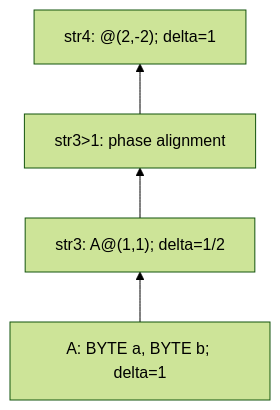
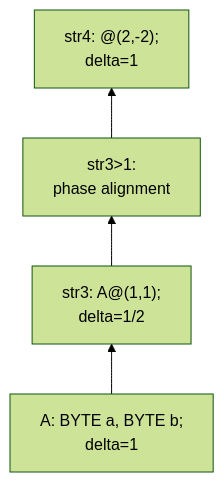
One commit to michalwidera/documentation-rdb changed the diagram in query-execution/agse-sliding-window/serialization-example.md. Above: the diagram before and after it, drawn with Mermaid (forest theme). The commit also changed 8 other files, not shown here.

````diff
--- a/query-execution/agse-sliding-window/serialization-example.md
+++ b/query-execution/agse-sliding-window/serialization-example.md
@@ -111,7 +111,8 @@
 ```mermaid
-%% pdf-width: 30%
+%% pdf-width: 24%
+%% pdf-height: 42%
 flowchart BT
-    A["A: BYTE a, BYTE b; delta=1"] --> S["str3: A@(1,1); delta=1/2"]
-    S --> T["str3>1: phase alignment"]
-    T --> R["str4: @(2,-2); delta=1"]
+    A["A: BYTE a, BYTE b;<br/>delta=1"] --> S["str3: A@(1,1);<br/>delta=1/2"]
+    S --> T["str3>1:<br/>phase alignment"]
+    T --> R["str4: @(2,-2);<br/>delta=1"]
 ```
````
